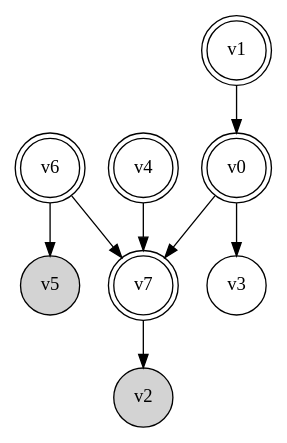
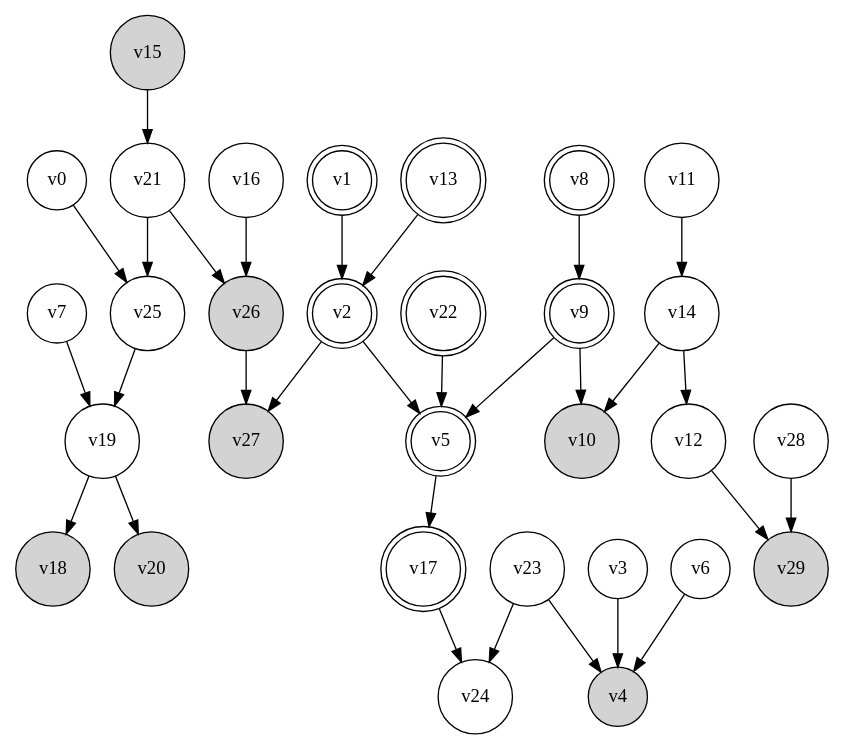
One commit to arthurhaiying/TestingBayesianNetwork changed the diagram in polytree.gv. Above: the diagram before and after it, drawn with Graphviz. The commit also changed 50 other files, not shown here.

```diff
--- a/polytree.gv
+++ b/polytree.gv
@@ -1,18 +1,62 @@
 digraph {
 	rankdir=TD
-	v0 [shape=doublecircle]
+	v0 [shape=circle]
 	v1 [shape=doublecircle]
-	v2 [shape=circle style=filled]
+	v2 [shape=doublecircle]
 	v3 [shape=circle]
-	v4 [shape=doublecircle]
-	v5 [shape=circle style=filled]
-	v6 [shape=doublecircle]
-	v7 [shape=doublecircle]
-	v0 -> v7
-	v0 -> v3
-	v1 -> v0
-	v4 -> v7
-	v6 -> v7
-	v6 -> v5
-	v7 -> v2
+	v4 [shape=circle style=filled]
+	v5 [shape=doublecircle]
+	v6 [shape=circle]
+	v7 [shape=circle]
+	v8 [shape=doublecircle]
+	v9 [shape=doublecircle]
+	v10 [shape=circle style=filled]
+	v11 [shape=circle]
+	v12 [shape=circle]
+	v13 [shape=doublecircle]
+	v14 [shape=circle]
+	v15 [shape=circle style=filled]
+	v16 [shape=circle]
+	v17 [shape=doublecircle]
+	v18 [shape=circle style=filled]
+	v19 [shape=circle]
+	v20 [shape=circle style=filled]
+	v21 [shape=circle]
+	v22 [shape=doublecircle]
+	v23 [shape=circle]
+	v24 [shape=circle]
+	v25 [shape=circle]
+	v26 [shape=circle style=filled]
+	v27 [shape=circle style=filled]
+	v28 [shape=circle]
+	v29 [shape=circle style=filled]
+	v0 -> v25
+	v1 -> v2
+	v2 -> v27
+	v2 -> v5
+	v3 -> v4
+	v5 -> v17
+	v6 -> v4
+	v7 -> v19
+	v8 -> v9
+	v9 -> v10
+	v9 -> v5
+	v11 -> v14
+	v12 -> v29
+	v13 -> v2
+	v14 -> v10
+	v14 -> v12
+	v15 -> v21
+	v16 -> v26
+	v17 -> v24
+	v19 -> v18
+	v19 -> v20
+	v21 -> v25
+	v21 -> v26
+	v22 -> v5
+	v23 -> v4
+	v23 -> v24
+	v25 -> v19
+	v26 -> v27
+	v28 -> v29
 }
```
